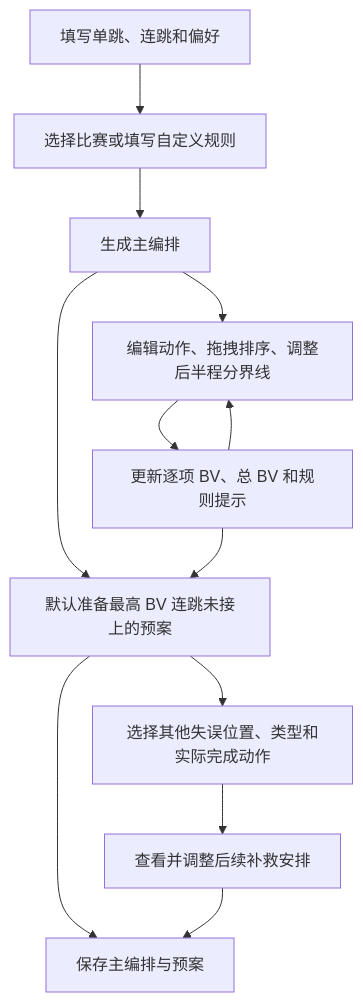
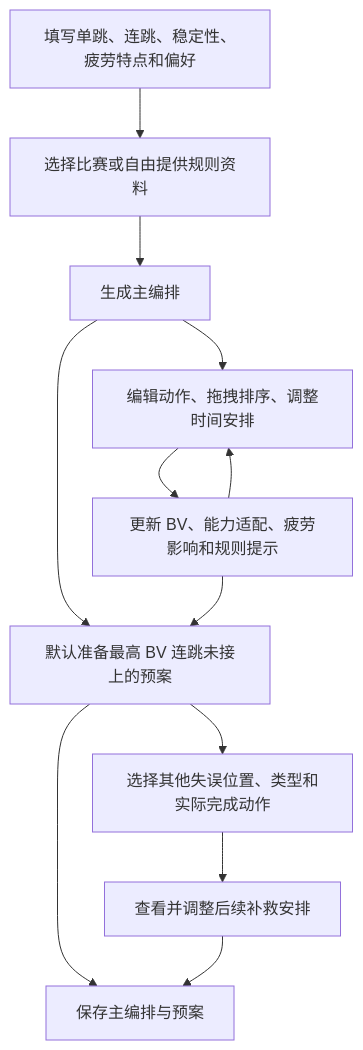
Before and after one commit to chuali-zi/Skating_lab: the diagram in docs/PRD.md, drawn with Mermaid. The commit also changed other lines of this file and 17 other files, not shown here.

````diff
--- a/docs/PRD.md
+++ b/docs/PRD.md
@@ -31,14 +35,14 @@
 ```mermaid
 flowchart TD
-    A["填写单跳、连跳和偏好"] --> B["选择比赛或填写自定义规则"]
+    A["填写单跳、连跳、稳定性、疲劳特点和偏好"] --> B["选择比赛或自由提供规则资料"]
     B --> C["生成主编排"]
-    C --> D["编辑动作、拖拽排序、调整后半程分界线"]
-    D --> E["更新逐项 BV、总 BV 和规则提示"]
+    C --> D["编辑动作、拖拽排序、调整时间安排"]
+    D --> E["更新 BV、能力适配、疲劳影响和规则提示"]
     E --> D
     C --> F["默认准备最高 BV 连跳未接上的预案"]
     E --> F
     F --> G["选择其他失误位置、类型和实际完成动作"]
     G --> H["查看并调整后续补救安排"]
     F --> I["保存主编排与预案"]
     H --> I
 ```
````
